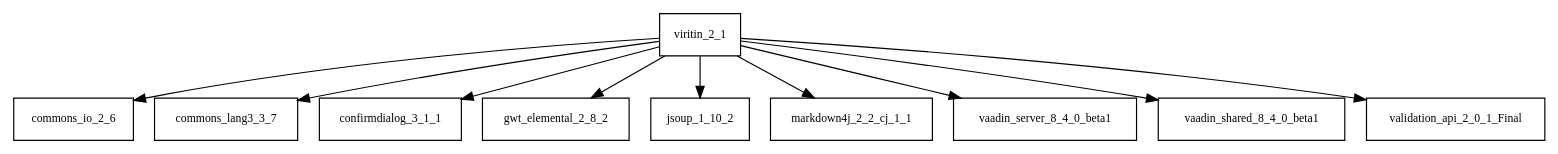
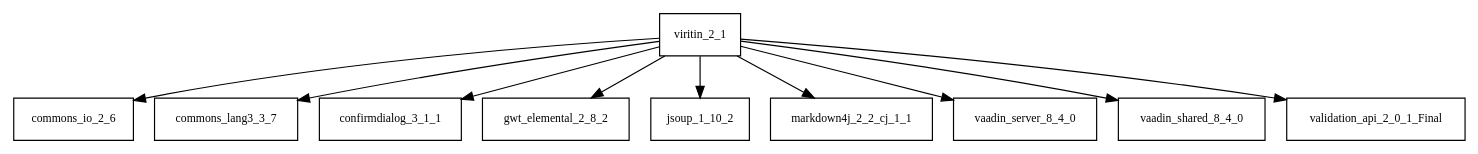
One commit to sjvs/cia changed the diagram in tattleTaleReport/graphviz/viritin-2.1.jar/viritin-2.1.jar.dot. Above: the diagram before and after it, drawn with Graphviz. The commit also changed 1518 other files, not shown here.

```diff
--- a/tattleTaleReport/graphviz/viritin-2.1.jar/viritin-2.1.jar.dot
+++ b/tattleTaleReport/graphviz/viritin-2.1.jar/viritin-2.1.jar.dot
@@ -1,12 +1,12 @@
 digraph viritin_2_1_dependencies {
   node [shape = box, fontsize=10.0];
   viritin_2_1 -> commons_io_2_6;
   viritin_2_1 -> commons_lang3_3_7;
   viritin_2_1 -> confirmdialog_3_1_1;
   viritin_2_1 -> gwt_elemental_2_8_2;
   viritin_2_1 -> jsoup_1_10_2;
   viritin_2_1 -> markdown4j_2_2_cj_1_1;
-  viritin_2_1 -> vaadin_server_8_4_0_beta1;
-  viritin_2_1 -> vaadin_shared_8_4_0_beta1;
+  viritin_2_1 -> vaadin_server_8_4_0;
+  viritin_2_1 -> vaadin_shared_8_4_0;
   viritin_2_1 -> validation_api_2_0_1_Final;
 }
```
